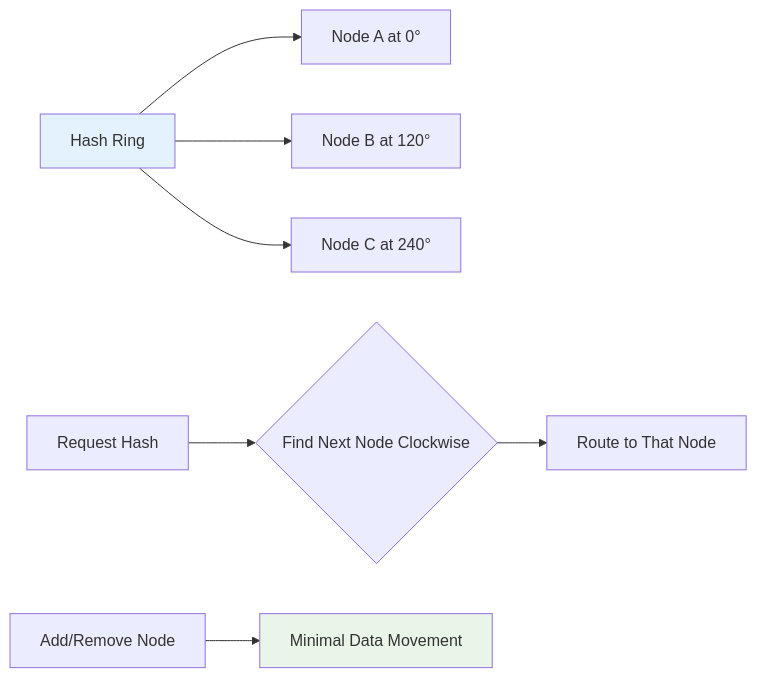
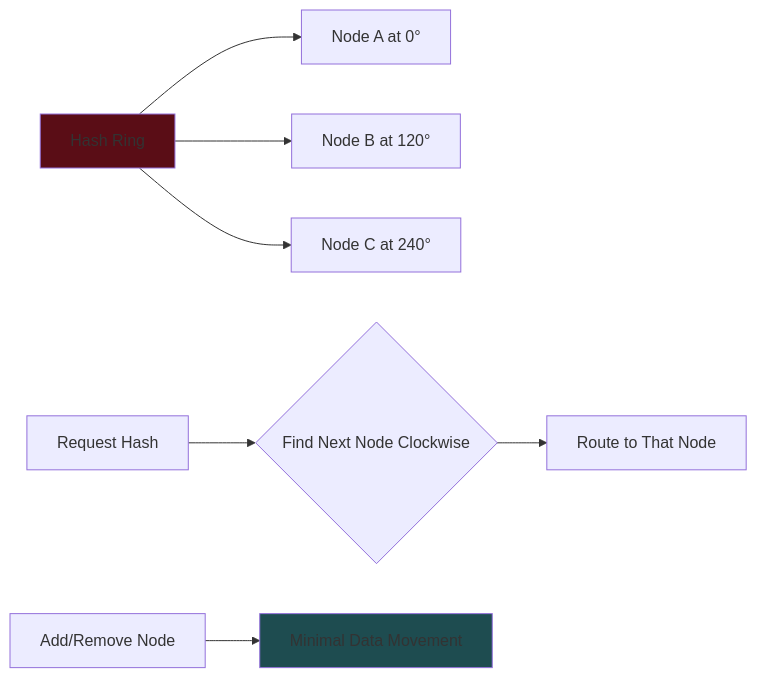
One commit to ahmedrzakhan/system-design-notes changed the third of 21 diagrams in fundamentals/core_concepts.md. Above: the diagram before and after it, drawn with Mermaid. The commit also changed other lines of this file, not shown here.

````diff
--- a/fundamentals/core_concepts.md
+++ b/fundamentals/core_concepts.md
@@ -76,14 +76,14 @@
 ```mermaid
 graph LR
     A[Hash Ring] --> B[Node A at 0°]
     A --> C[Node B at 120°]
     A --> D[Node C at 240°]
 
     E[Request Hash] --> F{Find Next Node Clockwise}
     F --> G[Route to That Node]
 
     H[Add/Remove Node] --> I[Minimal Data Movement]
 
-    style A fill:#e3f2fd
-    style I fill:#e8f5e8
+    style A fill:#5A0D16
+    style I fill:#1E4C50
 ```
````
